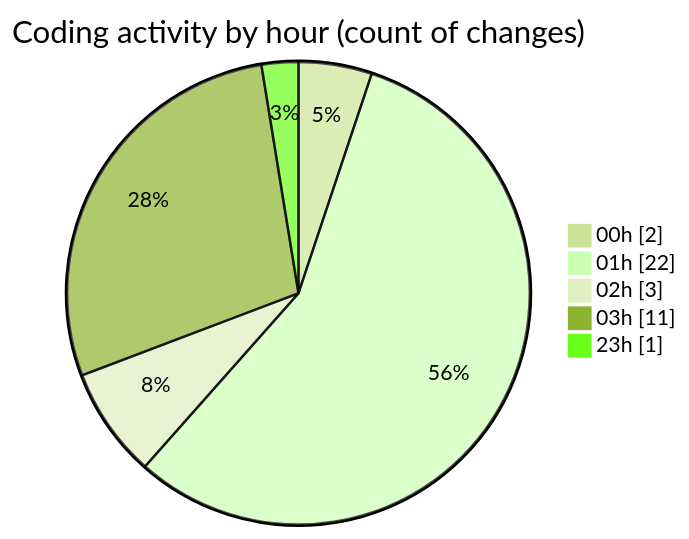
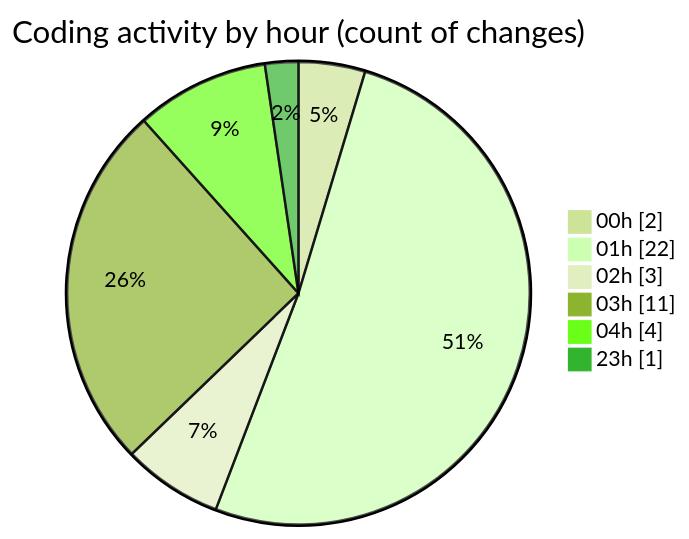
The second of 2 diagrams in 2025-07-19/nhahang/README.md (lephambinh05/code-tracking), drawn with Mermaid (forest theme) before and after one commit. The commit also changed other lines of this file and 1 other file, not shown here.

````diff
--- a/2025-07-19/nhahang/README.md
+++ b/2025-07-19/nhahang/README.md
@@ -44,9 +46,10 @@
 ```mermaid
 pie showData
 title Coding activity by hour (count of changes)
 "00h" : 2
 "01h" : 22
 "02h" : 3
 "03h" : 11
+"04h" : 4
 "23h" : 1
 ```
````
